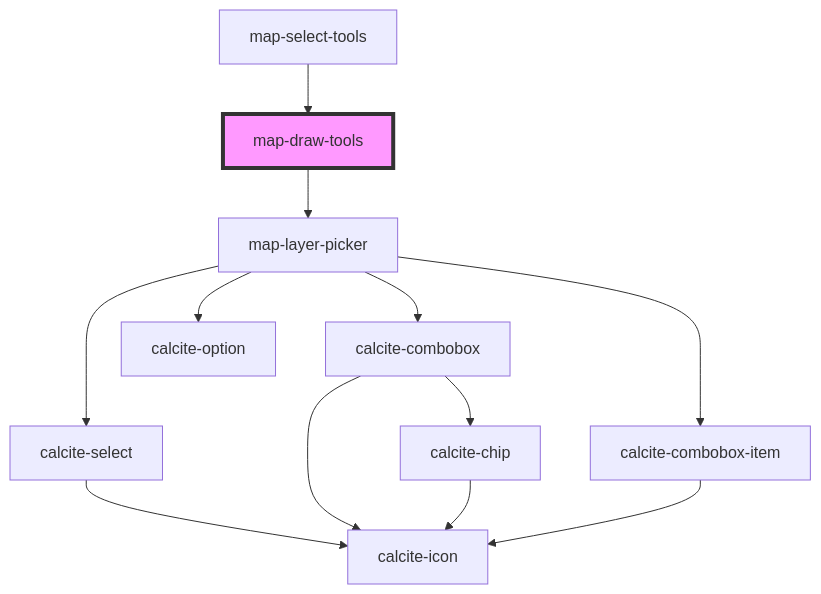
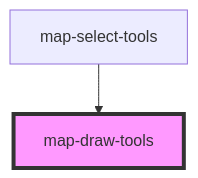
The diagram in src/components/map-draw-tools/readme.md (Esri/solutions-components), drawn with Mermaid before and after one commit. The commit also changed other lines of this file and 11 other files, not shown here.

````diff
--- a/src/components/map-draw-tools/readme.md
+++ b/src/components/map-draw-tools/readme.md
@@ -57,15 +48,5 @@
 ```mermaid
 graph TD;
-  map-draw-tools --> map-layer-picker
-  map-layer-picker --> calcite-select
-  map-layer-picker --> calcite-combobox
-  map-layer-picker --> calcite-combobox-item
-  map-layer-picker --> calcite-option
-  calcite-select --> calcite-icon
-  calcite-combobox --> calcite-chip
-  calcite-combobox --> calcite-icon
-  calcite-chip --> calcite-icon
-  calcite-combobox-item --> calcite-icon
   map-select-tools --> map-draw-tools
   style map-draw-tools fill:#f9f,stroke:#333,stroke-width:4px
 ```
````
